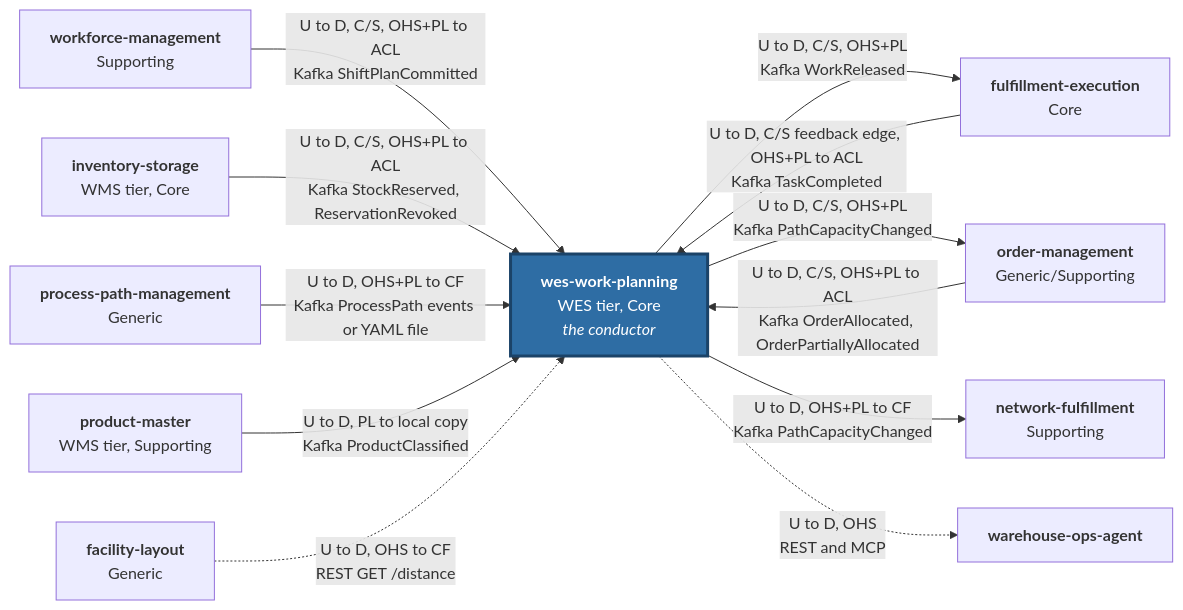
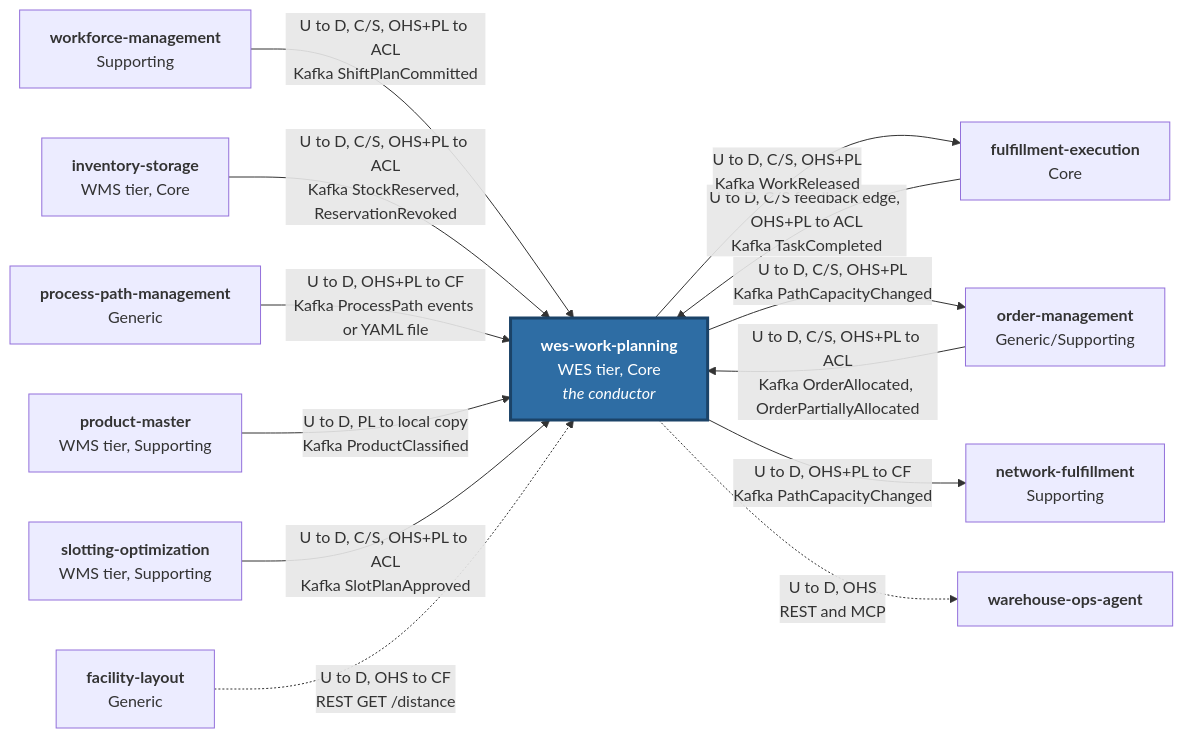
Before and after one commit to IQVO/warehouse-docs: the first of 2 diagrams in docs/contexts/wes-work-planning/context-map.md, drawn with Mermaid. The commit also changed other lines of this file and 331 other files, not shown here.

Commit message:
docs: resync context packs and specs from develop; slot-plan RELOCATE chain is built (K25-K27, K29, new K37/K38)

````diff
--- a/docs/contexts/wes-work-planning/context-map.md
+++ b/docs/contexts/wes-work-planning/context-map.md
@@ -28,27 +28,29 @@
 ```mermaid
 flowchart LR
     WM["<b>workforce-management</b><br/>Supporting"]
     INV["<b>inventory-storage</b><br/>WMS tier, Core"]
     OM["<b>order-management</b><br/>Generic/Supporting"]
     PPM["<b>process-path-management</b><br/>Generic"]
     FL["<b>facility-layout</b><br/>Generic"]
     WP["<b>wes-work-planning</b><br/>WES tier, Core<br/><i>the conductor</i>"]
     FE["<b>fulfillment-execution</b><br/>Core"]
     NF["<b>network-fulfillment</b><br/>Supporting"]
     PM["<b>product-master</b><br/>WMS tier, Supporting"]
+    SO["<b>slotting-optimization</b><br/>WMS tier, Supporting"]
     AG["<b>warehouse-ops-agent</b>"]
 
     WM -- "U to D, C/S, OHS+PL to ACL<br/>Kafka ShiftPlanCommitted" --> WP
     INV -- "U to D, C/S, OHS+PL to ACL<br/>Kafka StockReserved, ReservationRevoked" --> WP
     OM -- "U to D, C/S, OHS+PL to ACL<br/>Kafka OrderAllocated, OrderPartiallyAllocated" --> WP
     PPM -- "U to D, OHS+PL to CF<br/>Kafka ProcessPath events or YAML file" --> WP
     PM -- "U to D, PL to local copy<br/>Kafka ProductClassified" --> WP
+    SO -- "U to D, C/S, OHS+PL to ACL<br/>Kafka SlotPlanApproved" --> WP
     FE -- "U to D, C/S feedback edge, OHS+PL to ACL<br/>Kafka TaskCompleted" --> WP
     WP -- "U to D, C/S, OHS+PL<br/>Kafka WorkReleased" --> FE
     WP -- "U to D, C/S, OHS+PL<br/>Kafka PathCapacityChanged" --> OM
     WP -- "U to D, OHS+PL to CF<br/>Kafka PathCapacityChanged" --> NF
     FL -. "U to D, OHS to CF<br/>REST GET /distance" .-> WP
     WP -. "U to D, OHS<br/>REST and MCP" .-> AG
 
     style WP fill:#2e6da4,color:#ffffff,stroke:#1b4368,stroke-width:3px
 ```
````
